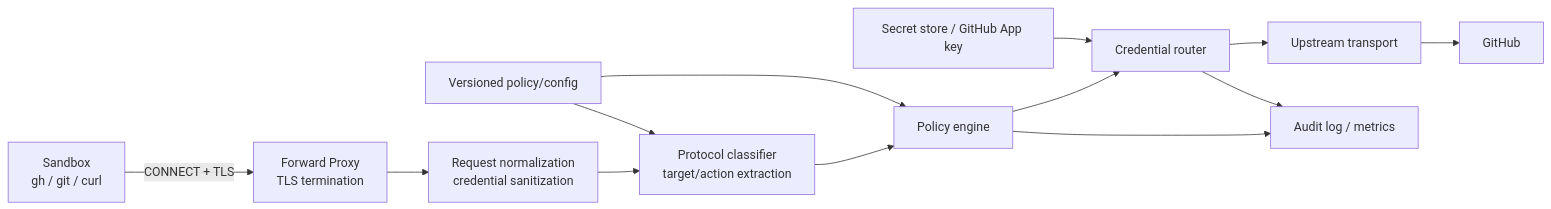
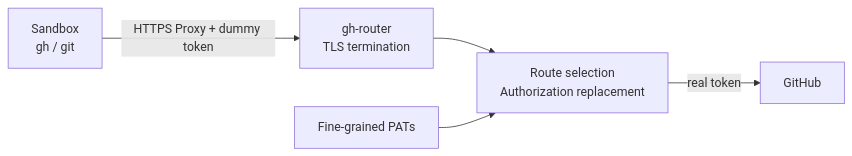
The diagram in docs/design.md (takonomura/gh-router), drawn with Mermaid before and after one commit. The commit also changed other lines of this file, not shown here.

````diff
--- a/docs/design.md
+++ b/docs/design.md
@@ -82,16 +71,7 @@
 ```mermaid
 flowchart LR
-    C[Sandbox<br/>gh / git / curl] -->|CONNECT + TLS| P[Forward Proxy<br/>TLS termination]
-    P --> N[Request normalization<br/>credential sanitization]
-    N --> A[Protocol classifier<br/>target/action extraction]
-    A --> E[Policy engine]
-    E --> R[Credential router]
-    R --> U[Upstream transport]
-    U --> G[GitHub]
-
-    CFG[Versioned policy/config] --> E
-    CFG --> A
-    S[Secret store / GitHub App key] --> R
-    E --> L[Audit log / metrics]
-    R --> L
+    C[Sandbox<br/>gh / git] -->|HTTPS Proxy + dummy token| P[gh-router<br/>TLS termination]
+    P --> R[Route selection<br/>Authorization replacement]
+    R -->|real token| G[GitHub]
+    T[Fine-grained PATs] --> R
 ```
````
